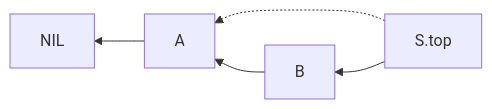
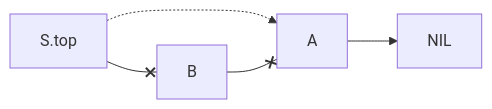
Before and after one commit to Eurydia/notes-singularity: diagram 12 of 15 in Computer science/Data structures/Stack.md, drawn with Mermaid. The commit also changed other lines of this file and 4 other files, not shown here.

````diff
--- a/Computer science/Data structures/Stack.md
+++ b/Computer science/Data structures/Stack.md
@@ -97,5 +97,5 @@
 	```mermaid
-	flowchart RL
+	flowchart LR
 		S.top-.->A
-		S.top-->B-->A-->NIL
+		S.top--xB--xA-->NIL
 	```
````
